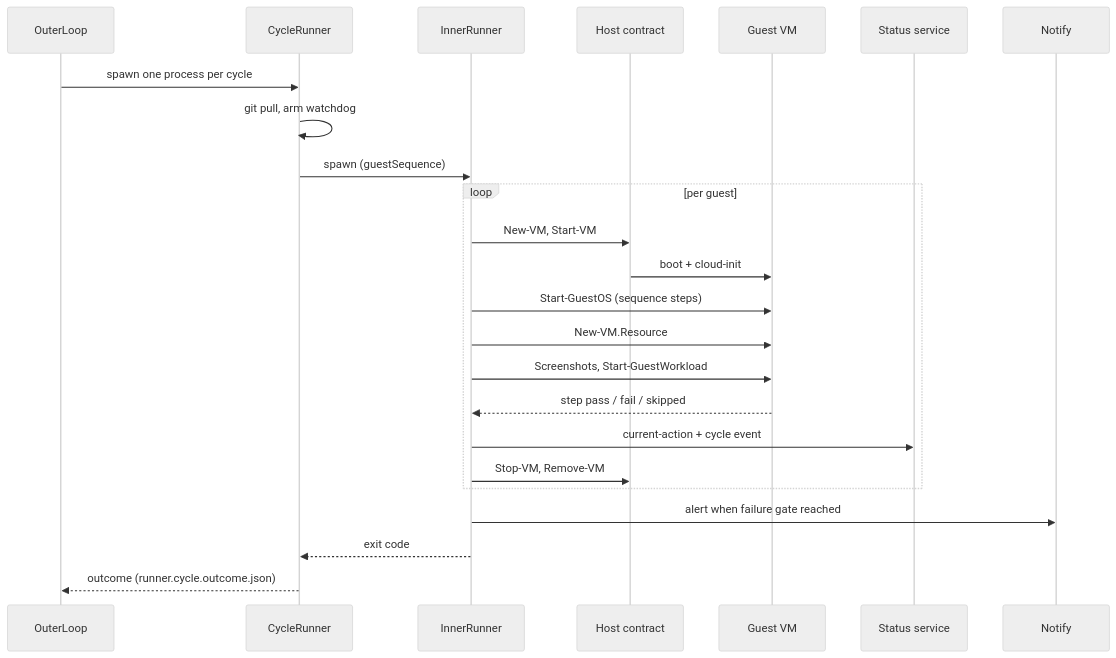
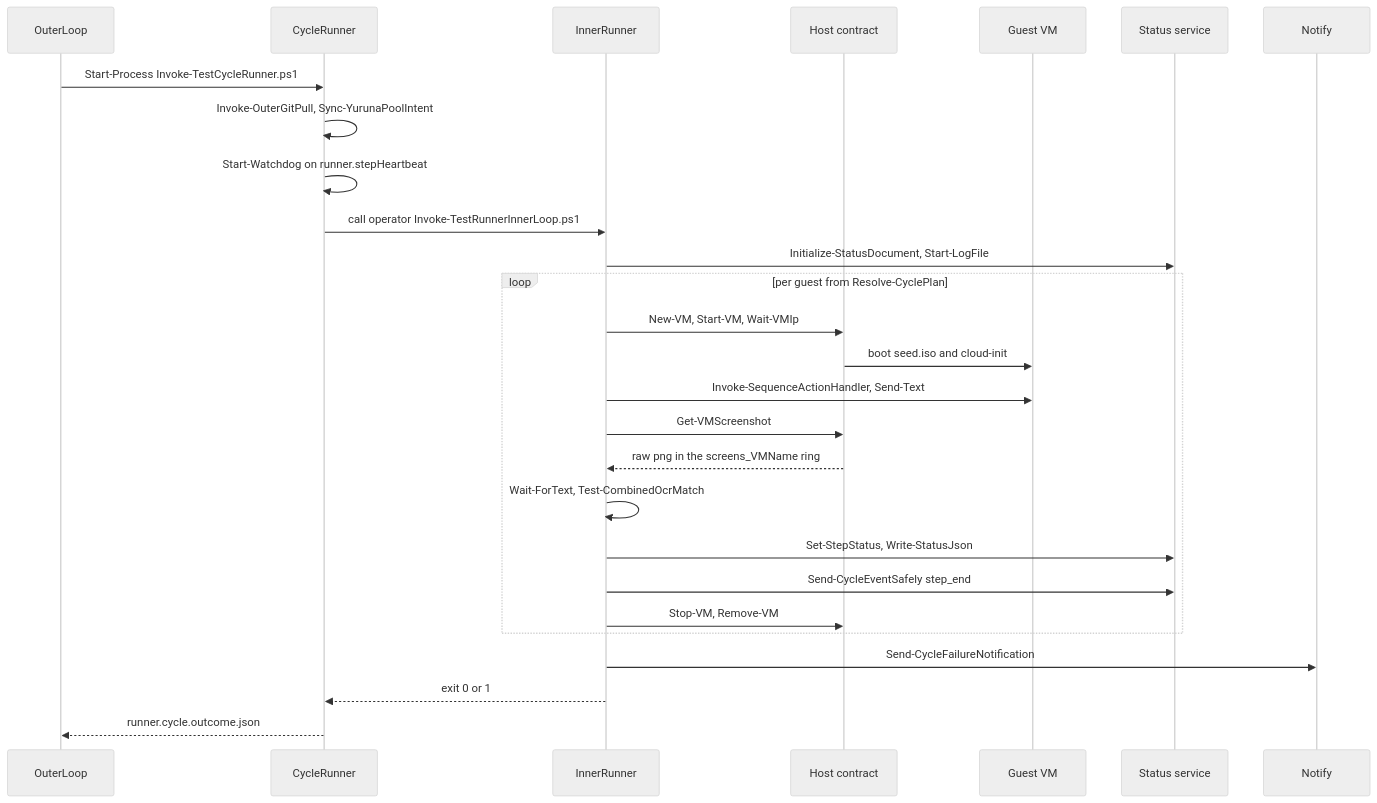
Before and after one commit to alissonsol/yuruna: the second of 6 diagrams in docs/design/03-data-flows.md, drawn with Mermaid (neutral theme). The commit also changed other lines of this file and 652 other files, not shown here.

````diff
--- a/docs/design/03-data-flows.md
+++ b/docs/design/03-data-flows.md
@@ -62,27 +135,30 @@
 ```mermaid
 sequenceDiagram
     participant Outer as OuterLoop
     participant Cycle as CycleRunner
     participant Inner as InnerRunner
     participant Host as Host contract
     participant Guest as Guest VM
     participant Status as Status service
     participant Notify
 
-    Outer->>Cycle: spawn one process per cycle
-    Cycle->>Cycle: git pull, arm watchdog
-    Cycle->>Inner: spawn (guestSequence)
-    loop per guest
-        Inner->>Host: New-VM, Start-VM
-        Host->>Guest: boot + cloud-init
-        Inner->>Guest: Start-GuestOS (sequence steps)
-        Inner->>Guest: New-VM.Resource
-        Inner->>Guest: Screenshots, Start-GuestWorkload
-        Guest-->>Inner: step pass / fail / skipped
-        Inner->>Status: current-action + cycle event
+    Outer->>Cycle: Start-Process Invoke-TestCycleRunner.ps1
+    Cycle->>Cycle: Invoke-OuterGitPull, Sync-YurunaPoolIntent
+    Cycle->>Cycle: Start-Watchdog on runner.stepHeartbeat
+    Cycle->>Inner: call operator Invoke-TestRunnerInnerLoop.ps1
+    Inner->>Status: Initialize-StatusDocument, Start-LogFile
+    loop per guest from Resolve-CyclePlan
+        Inner->>Host: New-VM, Start-VM, Wait-VMIp
+        Host->>Guest: boot seed.iso and cloud-init
+        Inner->>Guest: Invoke-SequenceActionHandler, Send-Text
+        Inner->>Host: Get-VMScreenshot
+        Host-->>Inner: raw png in the screens_VMName ring
+        Inner->>Inner: Wait-ForText, Test-CombinedOcrMatch
+        Inner->>Status: Set-StepStatus, Write-StatusJson
+        Inner->>Status: Send-CycleEventSafely step_end
         Inner->>Host: Stop-VM, Remove-VM
     end
-    Inner->>Notify: alert when failure gate reached
-    Inner-->>Cycle: exit code
-    Cycle-->>Outer: outcome (runner.cycle.outcome.json)
+    Inner->>Notify: Send-CycleFailureNotification
+    Inner-->>Cycle: exit 0 or 1
+    Cycle-->>Outer: runner.cycle.outcome.json
 ```
````
